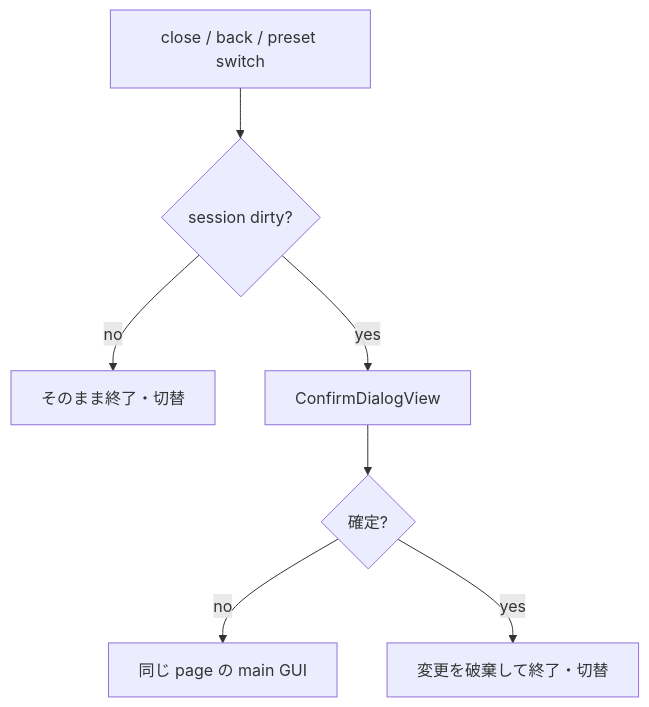
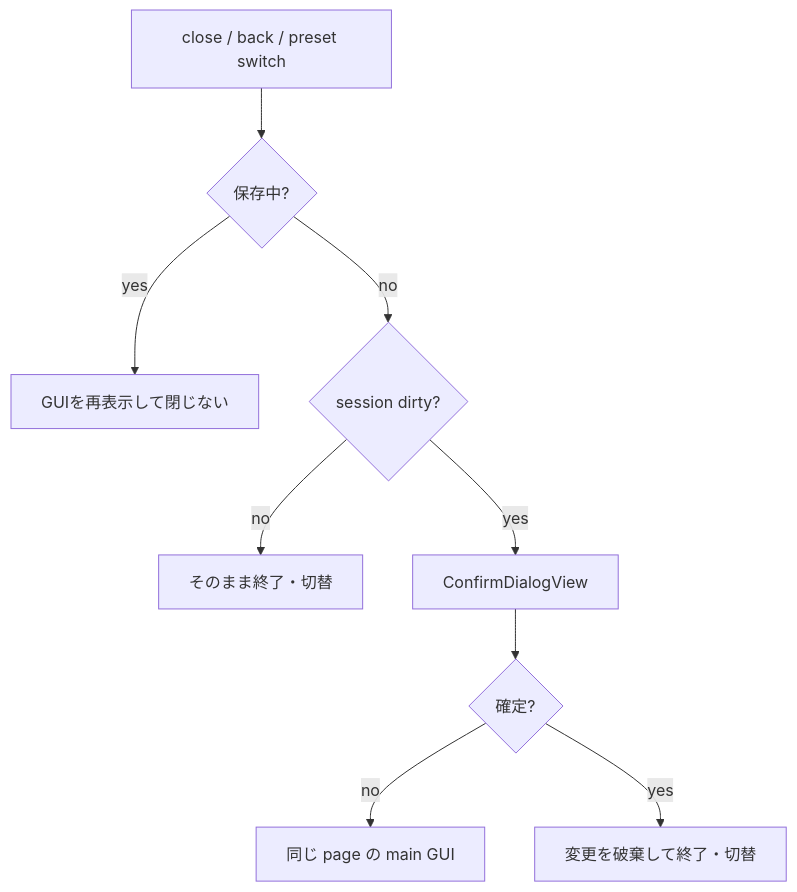
Before and after one commit to maaasu/AstralRecord-Workspace: the third of 3 diagrams in 00_docs/10_Plugin設計書/feature/13-skill/4-統合フロー/13_4-スキルバインドGUI.md, drawn with Mermaid. The commit also changed other lines of this file and 25 other files, not shown here.

````diff
--- a/00_docs/10_Plugin設計書/feature/13-skill/4-統合フロー/13_4-スキルバインドGUI.md
+++ b/00_docs/10_Plugin設計書/feature/13-skill/4-統合フロー/13_4-スキルバインドGUI.md
@@ -77,9 +78,11 @@
 ```mermaid
 flowchart TD
-    A[close / back / preset switch] --> B{session dirty?}
-    B -- no --> C[そのまま終了・切替]
-    B -- yes --> D[ConfirmDialogView]
-    D --> E{確定?}
-    E -- no --> F[同じ page の main GUI]
-    E -- yes --> G[変更を破棄して終了・切替]
+    A[close / back / preset switch] --> B{保存中?}
+    B -- yes --> C[GUIを再表示して閉じない]
+    B -- no --> D{session dirty?}
+    D -- no --> E[そのまま終了・切替]
+    D -- yes --> F[ConfirmDialogView]
+    F --> G{確定?}
+    G -- no --> H[同じ page の main GUI]
+    G -- yes --> I[変更を破棄して終了・切替]
 ```
````
